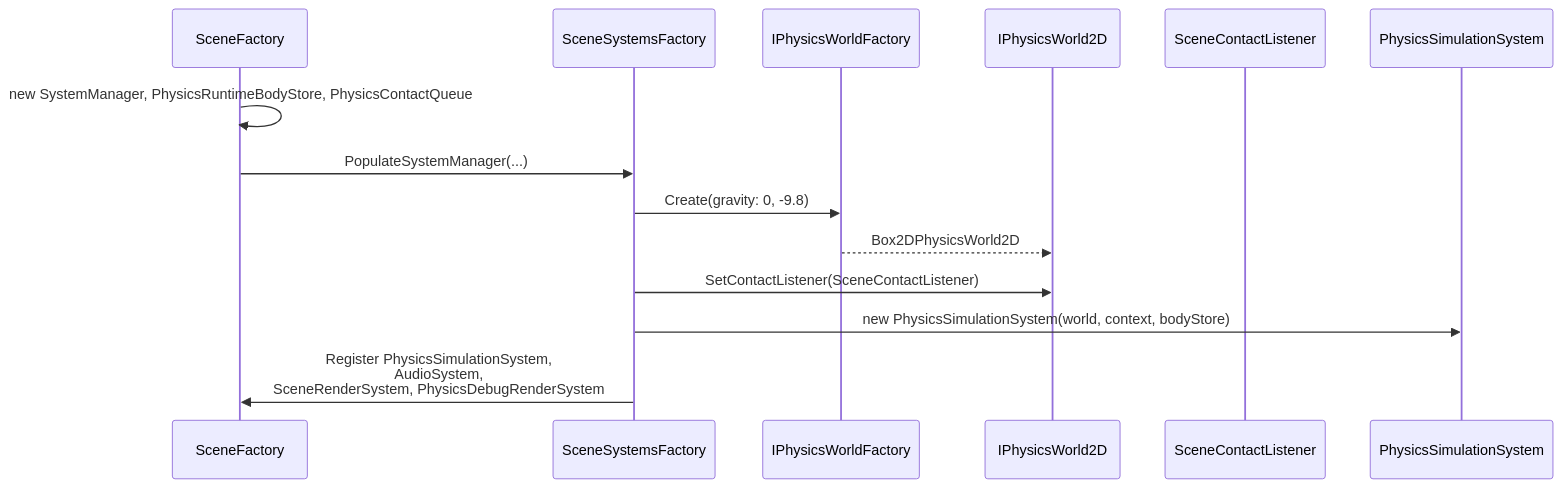
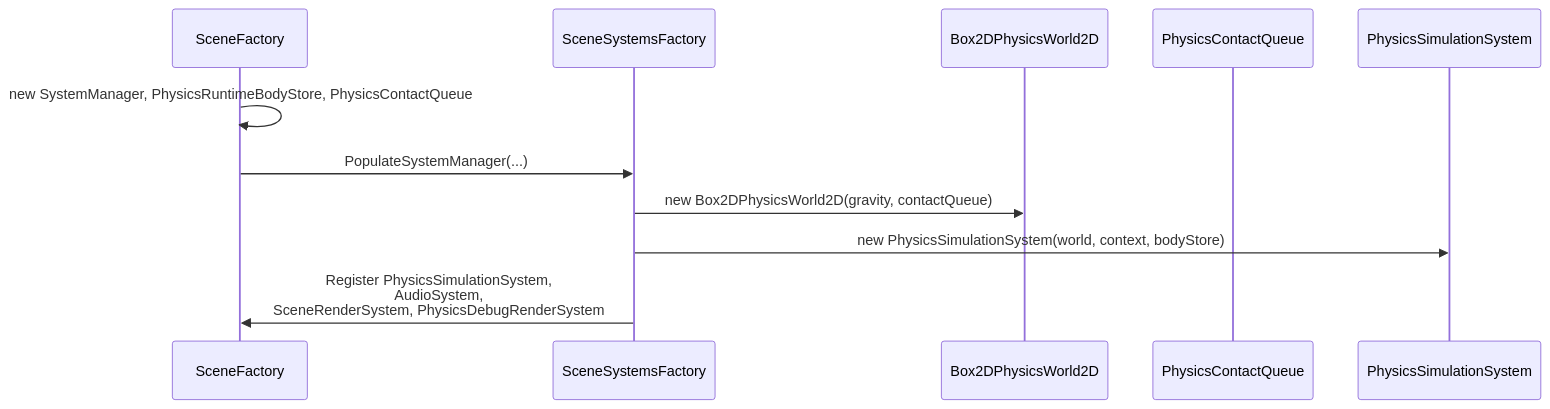
Before and after one commit to kateusz/GameEngine: the second of 4 diagrams in docs/architecture/physics-system.md, drawn with Mermaid. The commit also changed other lines of this file and 36 other files, not shown here.

````diff
--- a/docs/architecture/physics-system.md
+++ b/docs/architecture/physics-system.md
@@ -114,17 +106,14 @@
 ```mermaid
 sequenceDiagram
     participant SF as SceneFactory
     participant SSF as SceneSystemsFactory
-    participant F as IPhysicsWorldFactory
-    participant W as IPhysicsWorld2D
-    participant CL as SceneContactListener
+    participant W as Box2DPhysicsWorld2D
+    participant Q as PhysicsContactQueue
     participant PSS as PhysicsSimulationSystem
 
     SF->>SF: new SystemManager, PhysicsRuntimeBodyStore, PhysicsContactQueue
     SF->>SSF: PopulateSystemManager(...)
-    SSF->>F: Create(gravity: 0, -9.8)
-    F-->>W: Box2DPhysicsWorld2D
-    SSF->>W: SetContactListener(SceneContactListener)
+    SSF->>W: new Box2DPhysicsWorld2D(gravity, contactQueue)
     SSF->>PSS: new PhysicsSimulationSystem(world, context, bodyStore)
     SSF->>SF: Register PhysicsSimulationSystem,<br/>AudioSystem,<br/>SceneRenderSystem, PhysicsDebugRenderSystem
 ```
````
